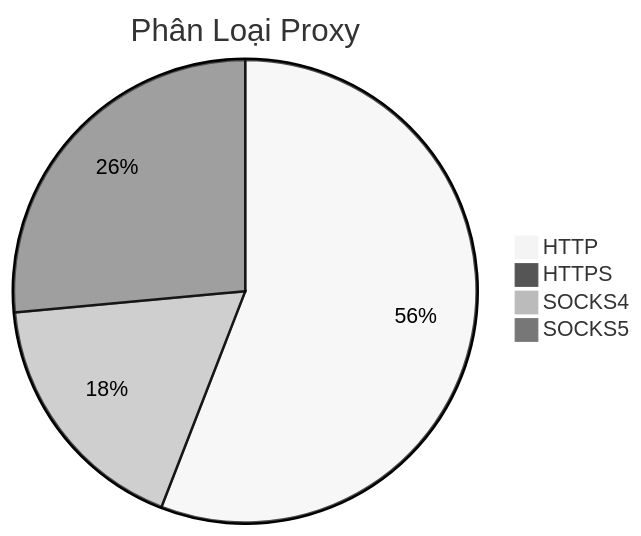
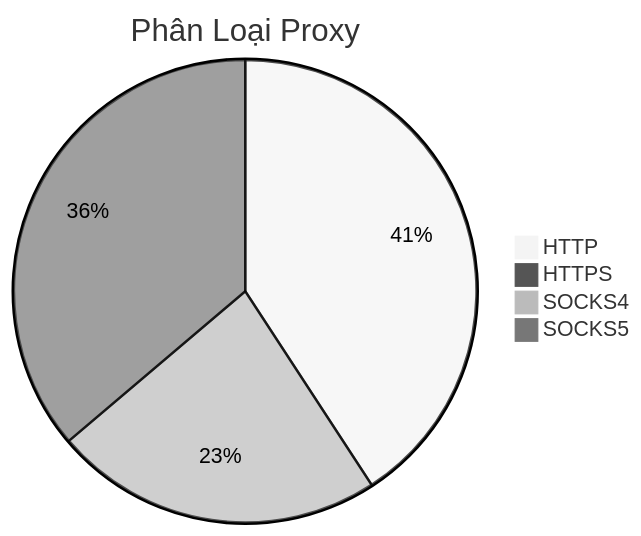
The diagram in README.md (Ciara-12/PROXY-free), drawn with Mermaid (neutral theme) before and after one commit. The commit also changed other lines of this file and 4 other files, not shown here.

````diff
--- a/README.md
+++ b/README.md
@@ -26,7 +26,7 @@
 ```mermaid
 pie title Phân Loại Proxy
-    "HTTP" : 716
-    "HTTPS" : 6
-    "SOCKS4" : 226
-    "SOCKS5" : 339
+    "HTTP" : 399
+    "HTTPS" : 4
+    "SOCKS4" : 225
+    "SOCKS5" : 354
 ```
````
